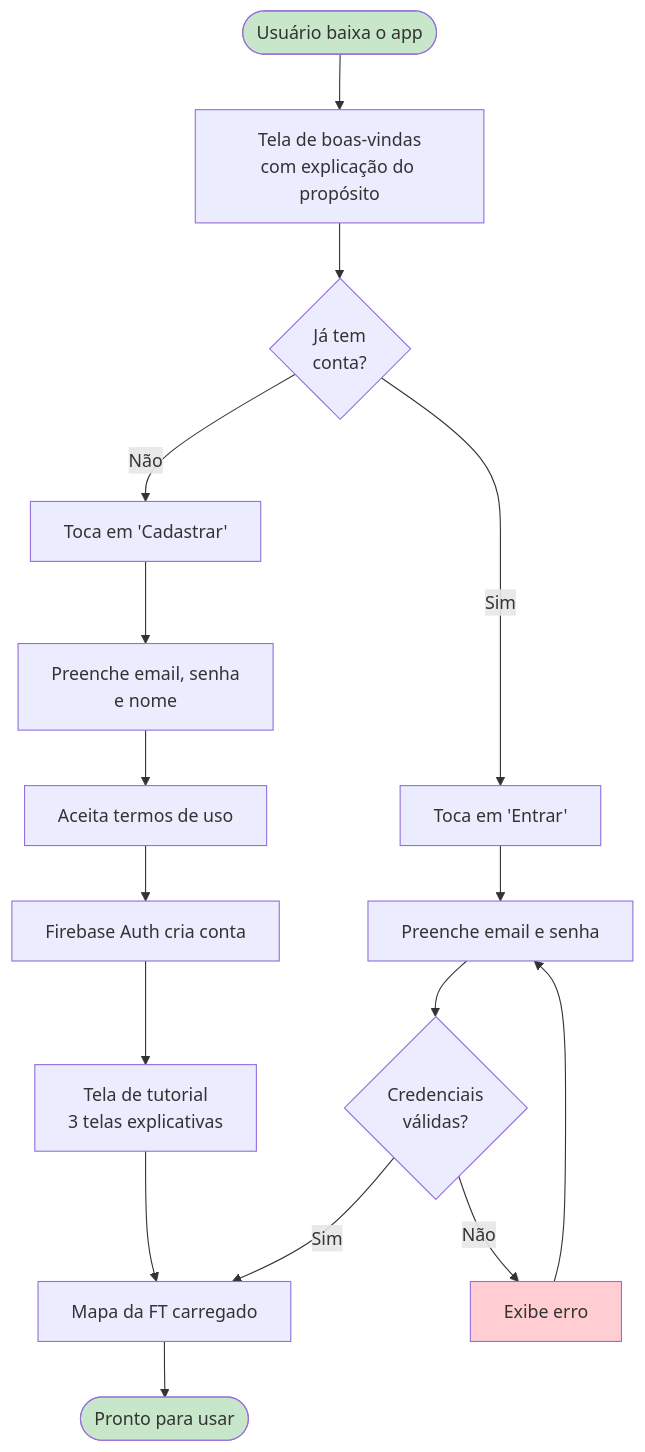
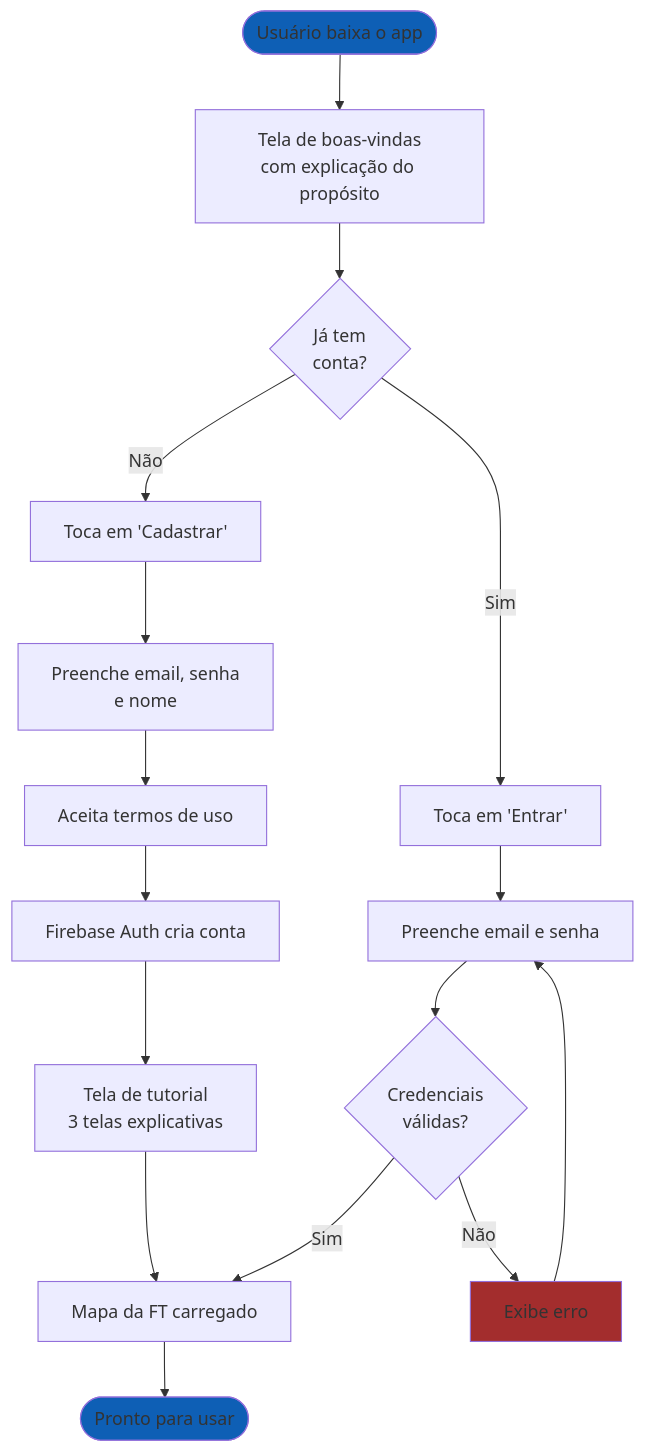
Before and after one commit to oficialvzi/cadei-rotas: the second of 3 diagrams in docs/03-jornada-do-usuario.md, drawn with Mermaid. The commit also changed other lines of this file and 1 other file, not shown here.

Commit message:
muda as cores dos diagramas

````diff
--- a/docs/03-jornada-do-usuario.md
+++ b/docs/03-jornada-do-usuario.md
@@ -51,25 +51,25 @@
 ```mermaid
 flowchart TD
     A([Usuário baixa o app]) --> B[Tela de boas-vindas<br/>com explicação do propósito]
     B --> C{Já tem<br/>conta?}
     C -->|Não| D[Toca em 'Cadastrar']
     C -->|Sim| E[Toca em 'Entrar']
     
     D --> F[Preenche email, senha<br/>e nome]
     F --> G[Aceita termos de uso]
     G --> H[Firebase Auth cria conta]
     H --> I[Tela de tutorial<br/>3 telas explicativas]
     I --> J[Mapa da FT carregado]
     
     E --> K[Preenche email e senha]
     K --> L{Credenciais<br/>válidas?}
     L -->|Sim| J
     L -->|Não| M[Exibe erro]
     M --> K
     
     J --> Fim([Pronto para usar])
 
-    style A fill:#c8e6c9
-    style Fim fill:#c8e6c9
-    style M fill:#ffcdd2
+    style A fill:#0E5FB5
+    style Fim fill:#0E5FB5
+    style M fill:#A32D2D
 ```
````
